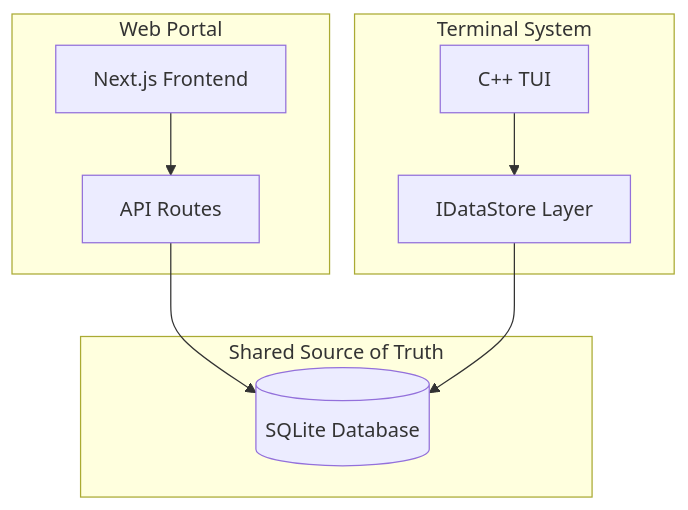
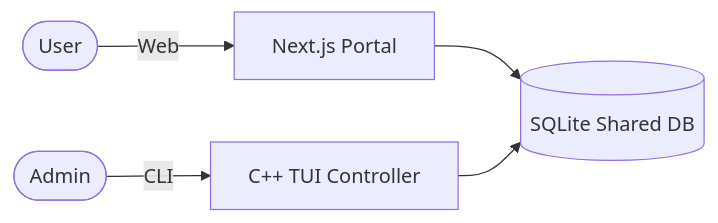
Before and after one commit to ayushkatewa/Library-Management-System: the diagram in README.md, drawn with Mermaid. The commit also changed other lines of this file, not shown here.

````diff
--- a/README.md
+++ b/README.md
@@ -54,17 +27,7 @@
 ```mermaid
-graph TD
-    subgraph WEB [Web Portal]
-        UI[Next.js Frontend] --> API[API Routes]
-    end
-    
-    subgraph CLI [Terminal System]
-        TUI[C++ TUI] --> DAL[IDataStore Layer]
-    end
-    
-    subgraph DB [Shared Source of Truth]
-        SQL[(SQLite Database)]
-    end
-    
-    API --> SQL
-    DAL --> SQL
+graph LR
+    User([User]) --> |Web| portal[Next.js Portal]
+    Admin([Admin]) --> |CLI| tui[C++ TUI Controller]
+    portal --> db[(SQLite Shared DB)]
+    tui --> db
 ```
````
